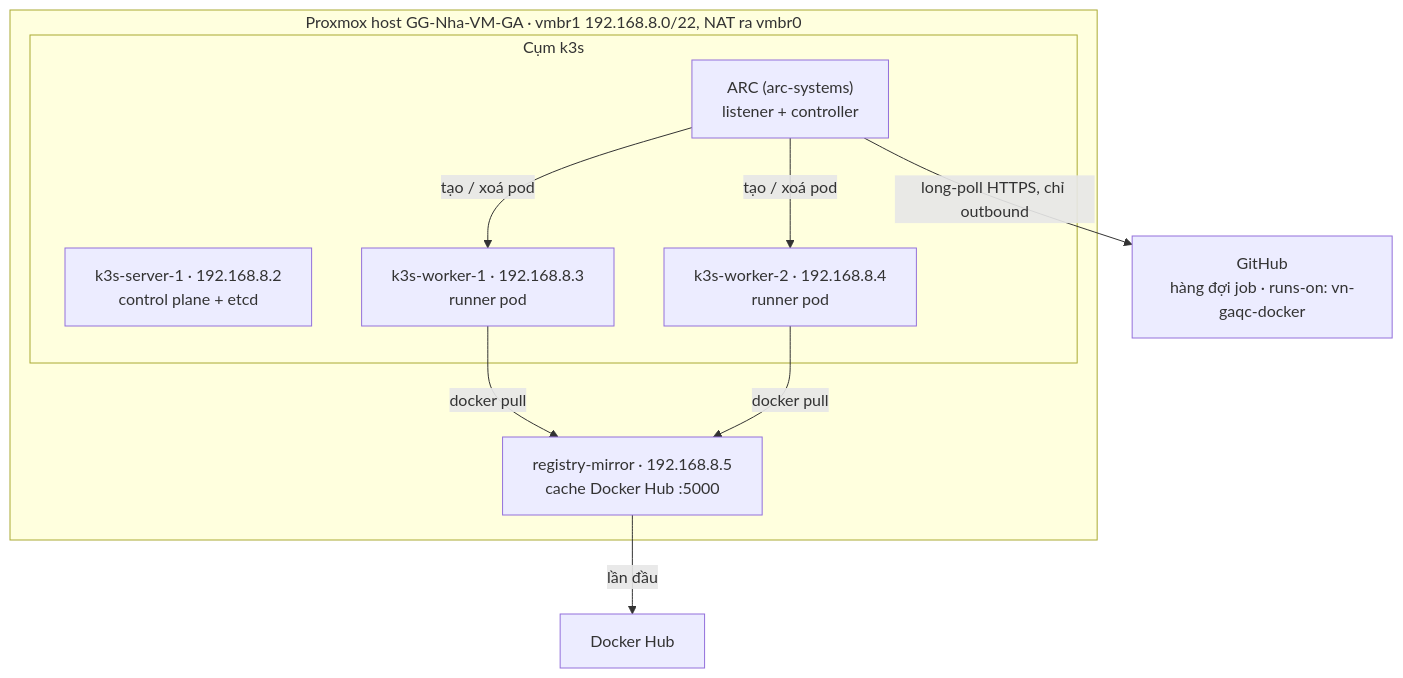
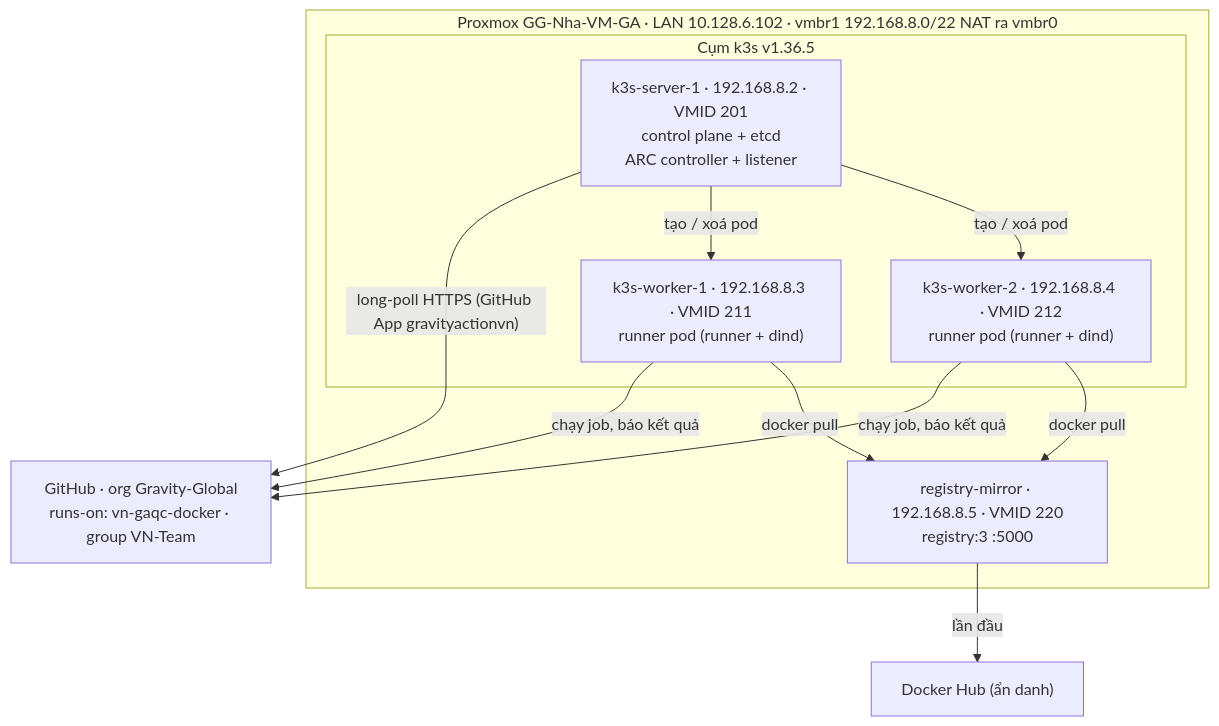
The diagram in docs/proxmox-k3s-arc-guide.md (ynguyengravity/setup-github-runner), drawn with Mermaid before and after one commit. The commit also changed other lines of this file and 7 other files, not shown here.

First line of the commit message:
Add Helm chart values and Docker configurations for gha-runner-scale-set

````diff
--- a/docs/proxmox-k3s-arc-guide.md
+++ b/docs/proxmox-k3s-arc-guide.md
@@ -11,18 +24,18 @@
 ```mermaid
 flowchart TB
-    GH["GitHub<br/>hàng đợi job · runs-on: vn-gaqc-docker"]
-    DH["Docker Hub"]
-    subgraph PVE["Proxmox host GG-Nha-VM-GA · vmbr1 192.168.8.0/22, NAT ra vmbr0"]
-        subgraph K3S["Cụm k3s"]
-            ARC["ARC (arc-systems)<br/>listener + controller"]
-            SRV["k3s-server-1 · 192.168.8.2<br/>control plane + etcd"]
-            W1["k3s-worker-1 · 192.168.8.3<br/>runner pod"]
-            W2["k3s-worker-2 · 192.168.8.4<br/>runner pod"]
+    GH["GitHub · org Gravity-Global<br/>runs-on: vn-gaqc-docker · group VN-Team"]
+    DH["Docker Hub (ẩn danh)"]
+    subgraph PVE["Proxmox GG-Nha-VM-GA · LAN 10.128.6.102 · vmbr1 192.168.8.0/22 NAT ra vmbr0"]
+        subgraph K3S["Cụm k3s v1.36.5"]
+            SRV["k3s-server-1 · 192.168.8.2 · VMID 201<br/>control plane + etcd<br/>ARC controller + listener"]
+            W1["k3s-worker-1 · 192.168.8.3 · VMID 211<br/>runner pod (runner + dind)"]
+            W2["k3s-worker-2 · 192.168.8.4 · VMID 212<br/>runner pod (runner + dind)"]
         end
-        MIR["registry-mirror · 192.168.8.5<br/>cache Docker Hub :5000"]
+        MIR["registry-mirror · 192.168.8.5 · VMID 220<br/>registry:3 :5000"]
     end
-    ARC -- "long-poll HTTPS, chỉ outbound" --> GH
-    ARC -- "tạo / xoá pod" --> W1 & W2
+    SRV -- "long-poll HTTPS (GitHub App gravityactionvn)" --> GH
+    SRV -- "tạo / xoá pod" --> W1 & W2
+    W1 & W2 -- "chạy job, báo kết quả" --> GH
     W1 & W2 -- "docker pull" --> MIR
     MIR -- "lần đầu" --> DH
 ```
````
